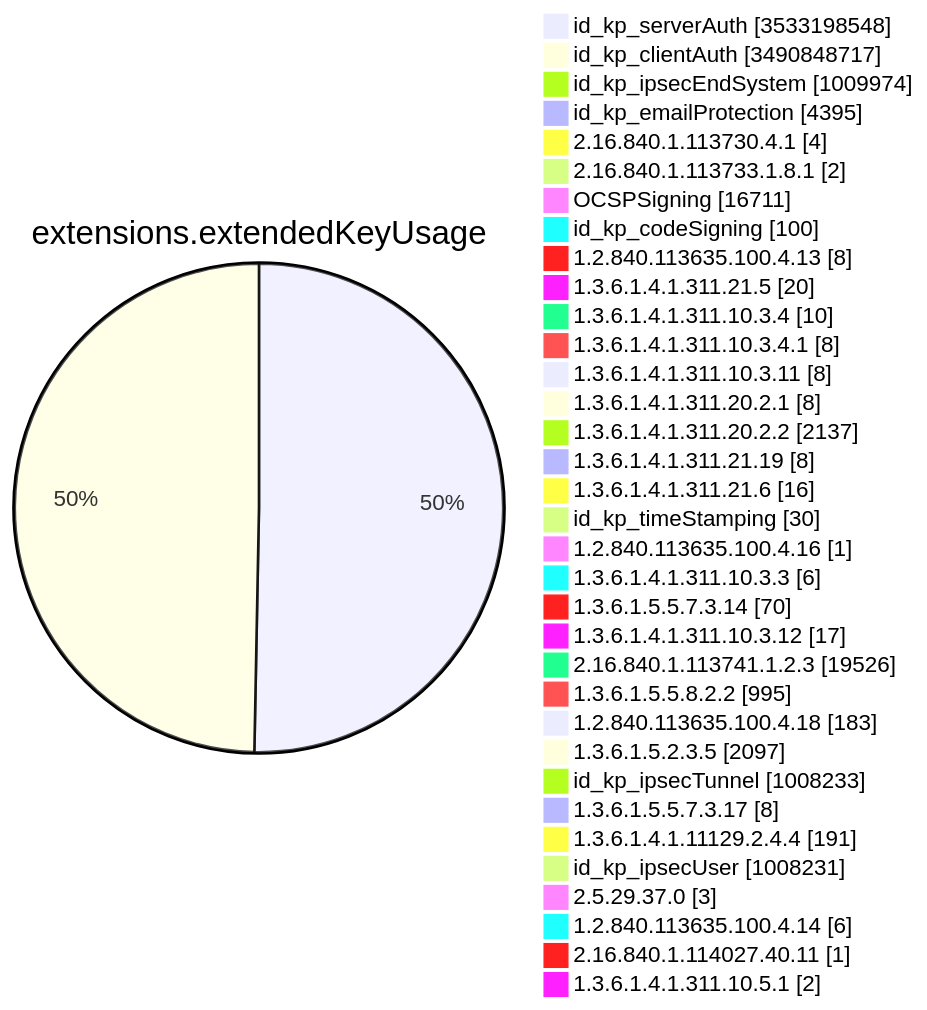
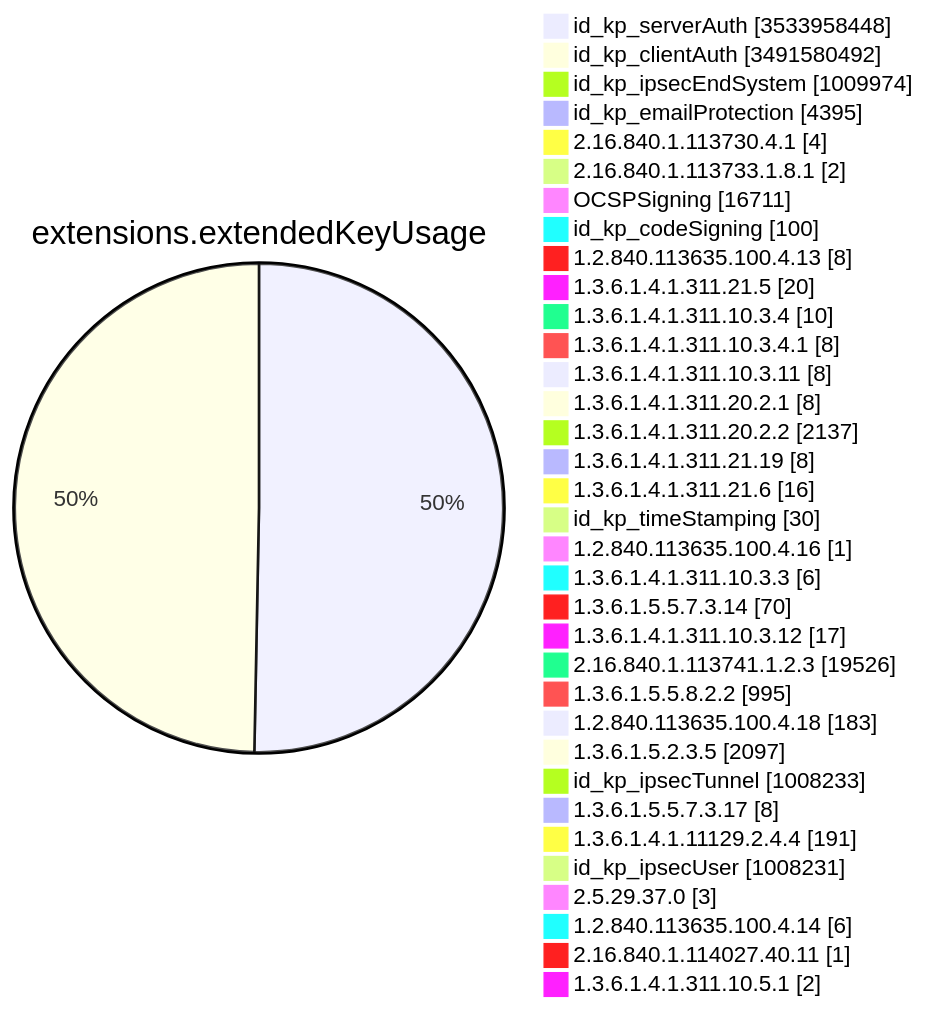
Before and after one commit to christiankrug/ctmonitor_visualization: diagram 11 of 15 in TOTAL/README.md, drawn with Mermaid. The commit also changed other lines of this file, not shown here.

````diff
--- a/TOTAL/README.md
+++ b/TOTAL/README.md
@@ -4127,38 +4127,38 @@
 ```mermaid
 pie showData
 title extensions.extendedKeyUsage
-"id_kp_serverAuth" :3533198548
-"id_kp_clientAuth" :3490848717
+"id_kp_serverAuth" :3533958448
+"id_kp_clientAuth" :3491580492
 "id_kp_ipsecEndSystem" :1009974
 "id_kp_emailProtection" :4395
 "2.16.840.1.113730.4.1" :4
 "2.16.840.1.113733.1.8.1" :2
 "OCSPSigning" :16711
 "id_kp_codeSigning" :100
 "1.2.840.113635.100.4.13" :8
 "1.3.6.1.4.1.311.21.5" :20
 "1.3.6.1.4.1.311.10.3.4" :10
 "1.3.6.1.4.1.311.10.3.4.1" :8
 "1.3.6.1.4.1.311.10.3.11" :8
 "1.3.6.1.4.1.311.20.2.1" :8
 "1.3.6.1.4.1.311.20.2.2" :2137
 "1.3.6.1.4.1.311.21.19" :8
 "1.3.6.1.4.1.311.21.6" :16
 "id_kp_timeStamping" :30
 "1.2.840.113635.100.4.16" :1
 "1.3.6.1.4.1.311.10.3.3" :6
 "1.3.6.1.5.5.7.3.14" :70
 "1.3.6.1.4.1.311.10.3.12" :17
 "2.16.840.1.113741.1.2.3" :19526
 "1.3.6.1.5.5.8.2.2" :995
 "1.2.840.113635.100.4.18" :183
 "1.3.6.1.5.2.3.5" :2097
 "id_kp_ipsecTunnel" :1008233
 "1.3.6.1.5.5.7.3.17" :8
 "1.3.6.1.4.1.11129.2.4.4" :191
 "id_kp_ipsecUser" :1008231
 "2.5.29.37.0" :3
 "1.2.840.113635.100.4.14" :6
 "2.16.840.1.114027.40.11" :1
 "1.3.6.1.4.1.311.10.5.1" :2
 ```
````
